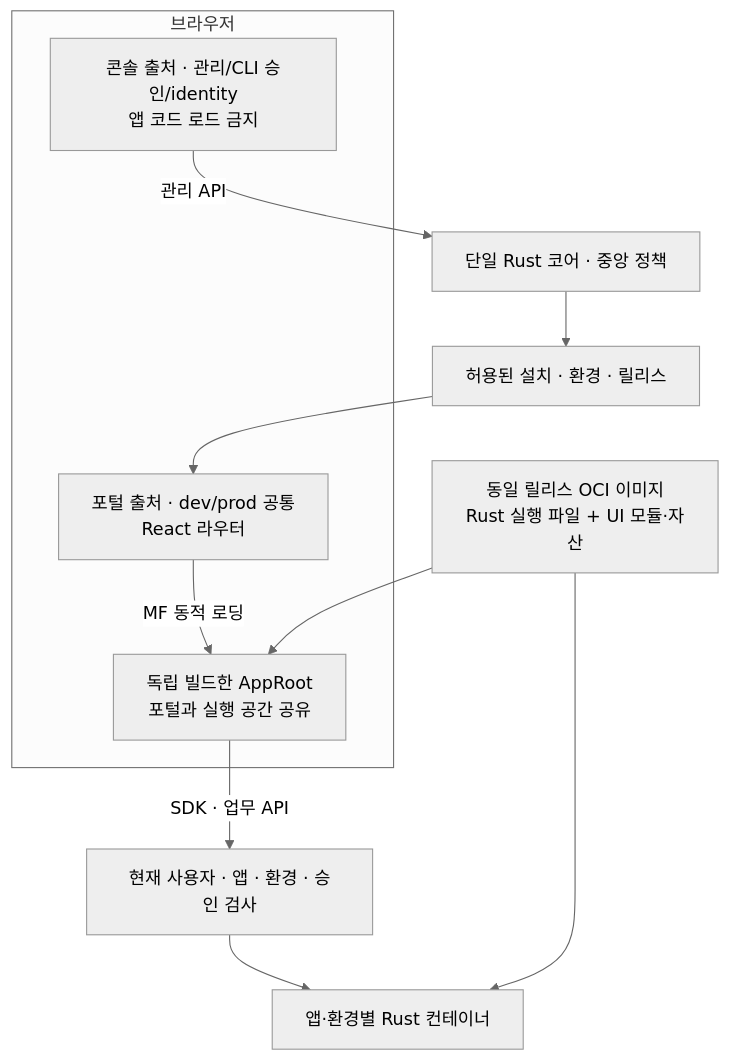
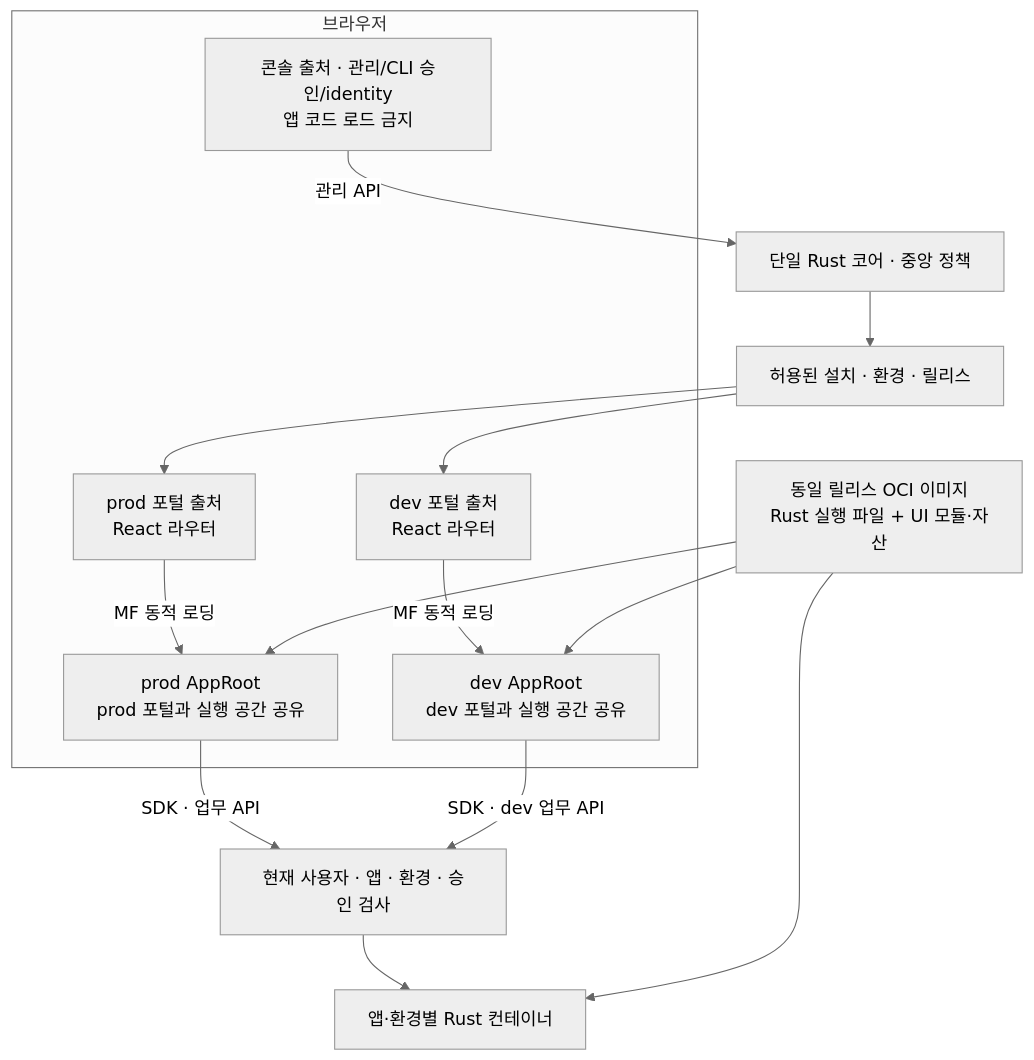
Before and after one commit to hurxxxx/miy-v2: the diagram in docs/FRONTEND.md, drawn with Mermaid (neutral theme). The commit also changed other lines of this file and 32 other files, not shown here.

First line of the commit message:
fix: recover dev portal settings safely and align docs with three origins

````diff
--- a/docs/FRONTEND.md
+++ b/docs/FRONTEND.md
@@ -95,16 +95,22 @@
 ```mermaid
 flowchart TB
   Core["단일 Rust 코어 · 중앙 정책"] --> Registry["허용된 설치 · 환경 · 릴리스"]
   subgraph Browser["브라우저"]
     Management["콘솔 출처 · 관리/CLI 승인/identity<br/>앱 코드 로드 금지"]
-    Portal["포털 출처 · dev/prod 공통<br/>React 라우터"]
-    AppModule["독립 빌드한 AppRoot<br/>포털과 실행 공간 공유"]
+    Portal["prod 포털 출처<br/>React 라우터"]
+    DevPortal["dev 포털 출처<br/>React 라우터"]
+    AppModule["prod AppRoot<br/>prod 포털과 실행 공간 공유"]
+    DevModule["dev AppRoot<br/>dev 포털과 실행 공간 공유"]
     Portal -->|"MF 동적 로딩"| AppModule
+    DevPortal -->|"MF 동적 로딩"| DevModule
   end
   Registry --> Portal
+  Registry --> DevPortal
   Management -->|"관리 API"| Core
   AppModule -->|"SDK · 업무 API"| Gateway["현재 사용자 · 앱 · 환경 · 승인 검사"]
+  DevModule -->|"SDK · dev 업무 API"| Gateway
   Gateway --> Backend["앱·환경별 Rust 컨테이너"]
   Release["동일 릴리스 OCI 이미지<br/>Rust 실행 파일 + UI 모듈·자산"] --> Backend
   Release --> AppModule
+  Release --> DevModule
 ```
````
